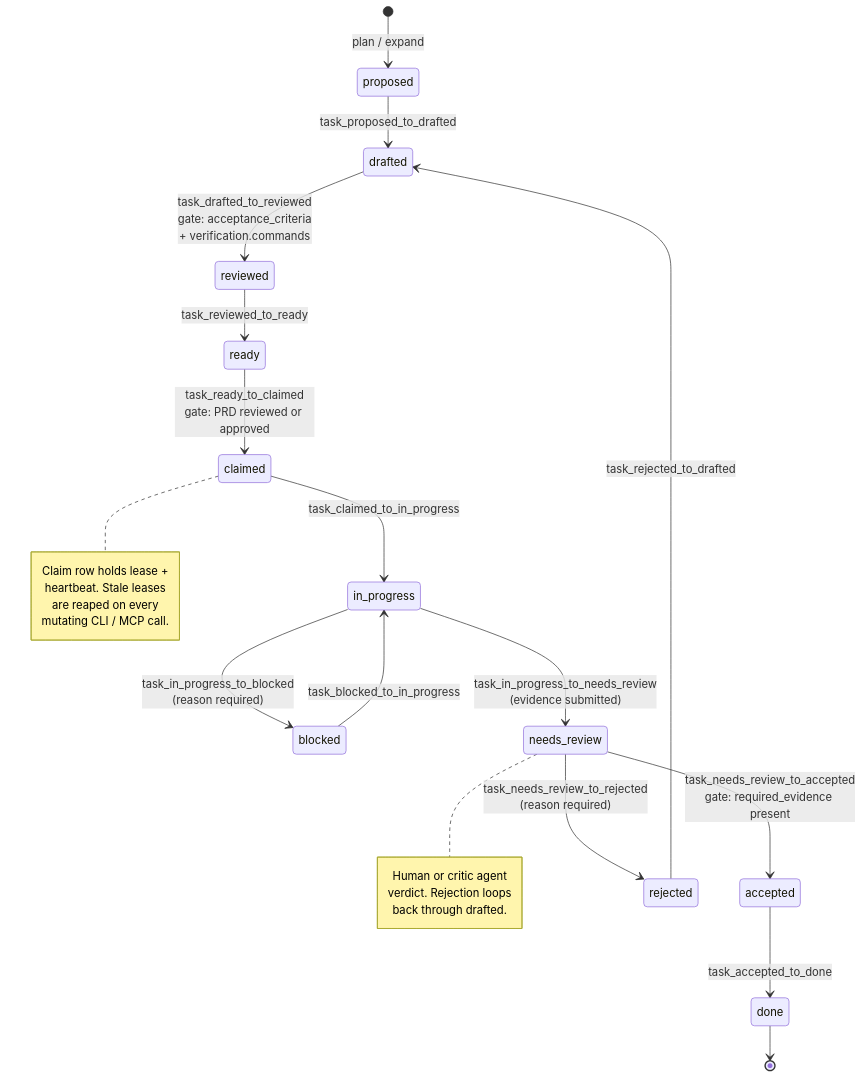
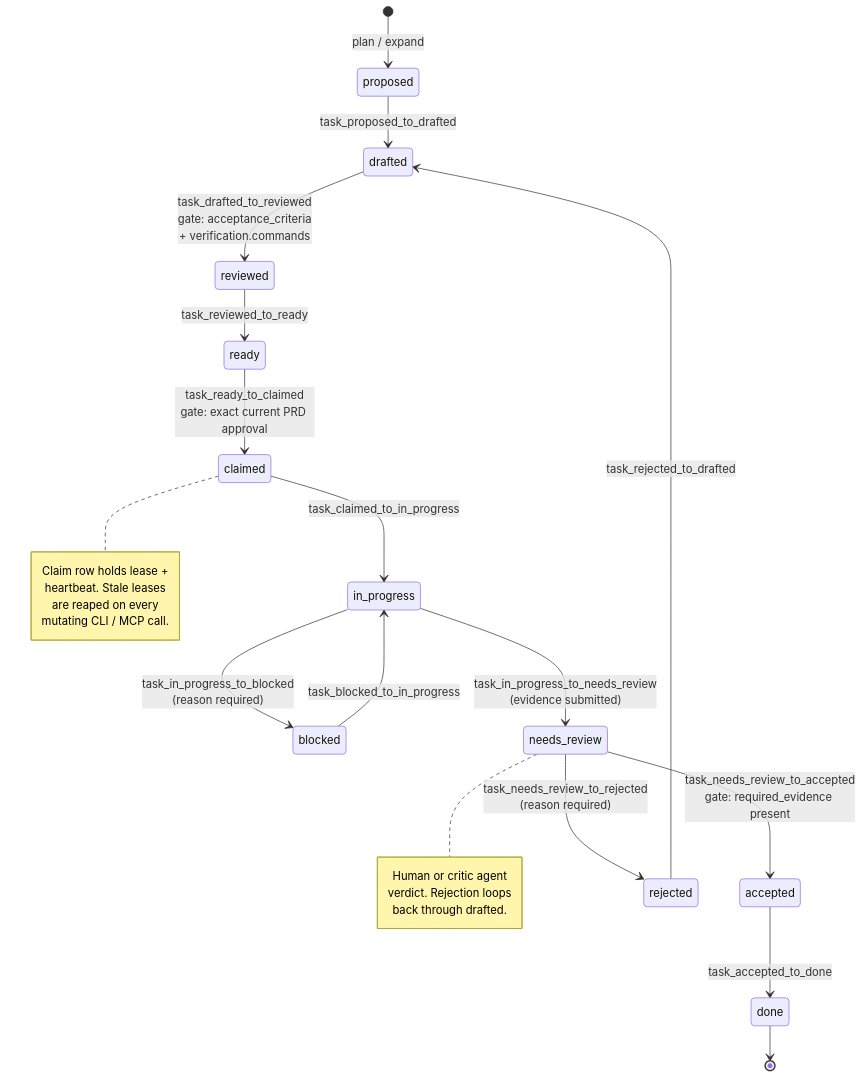
The second of 2 diagrams in docs/architecture.md (fakoli/anvil), drawn with Mermaid before and after one commit. The commit also changed other lines of this file and 14 other files, not shown here.

````diff
--- a/docs/architecture.md
+++ b/docs/architecture.md
@@ -243,36 +244,36 @@
 ```mermaid
 stateDiagram-v2
     [*] --> proposed: plan / expand
 
     proposed --> drafted: task_proposed_to_drafted
     drafted --> reviewed: task_drafted_to_reviewed<br/>gate: acceptance_criteria<br/>+ verification.commands
     reviewed --> ready: task_reviewed_to_ready
-    ready --> claimed: task_ready_to_claimed<br/>gate: PRD reviewed or approved
+    ready --> claimed: task_ready_to_claimed<br/>gate: exact current PRD approval
 
     claimed --> in_progress: task_claimed_to_in_progress
     in_progress --> blocked: task_in_progress_to_blocked<br/>(reason required)
     blocked --> in_progress: task_blocked_to_in_progress
 
     in_progress --> needs_review: task_in_progress_to_needs_review<br/>(evidence submitted)
 
     needs_review --> accepted: task_needs_review_to_accepted<br/>gate: required_evidence present
     needs_review --> rejected: task_needs_review_to_rejected<br/>(reason required)
 
     accepted --> done: task_accepted_to_done
     rejected --> drafted: task_rejected_to_drafted
 
     done --> [*]
 
     note right of claimed
         Claim row holds lease +
         heartbeat. Stale leases
         are reaped on every
         mutating CLI / MCP call.
     end note
 
     note right of needs_review
         Human or critic agent
         verdict. Rejection loops
         back through drafted.
     end note
 ```
````
